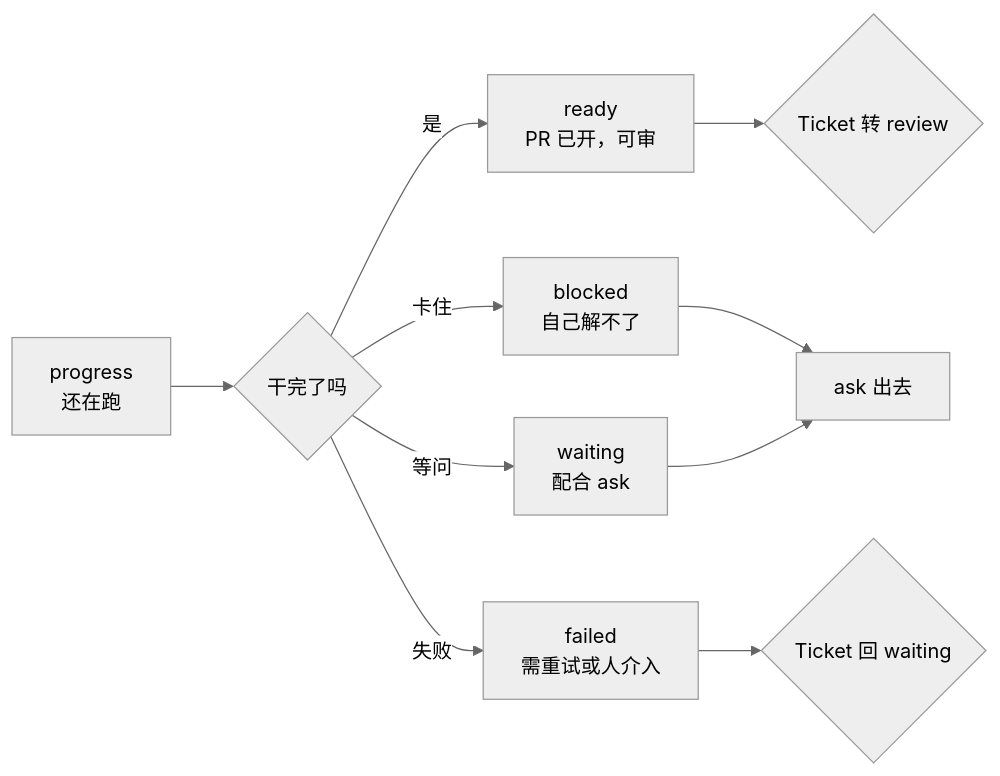
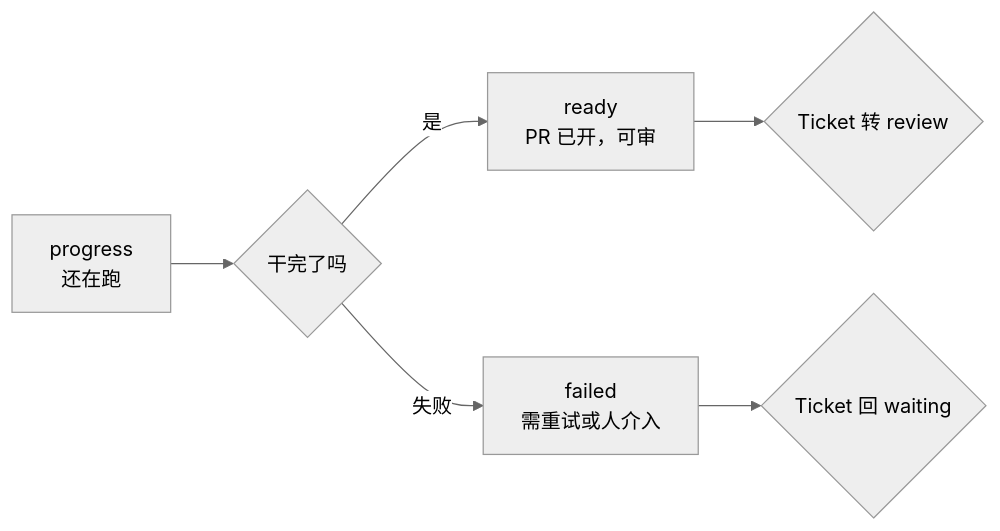
Before and after one commit to hairyf/dsh-nexus: the sixth of 18 diagrams in docs/flow.md, drawn with Mermaid (neutral theme). The commit also changed other lines of this file and 7 other files, not shown here.

````diff
--- a/docs/flow.md
+++ b/docs/flow.md
@@ -201,13 +203,9 @@
 ```mermaid
 flowchart LR
     P["progress<br/>还在跑"] --> R{"干完了吗"}
     R -->|是| READY["ready<br/>PR 已开，可审"]
-    R -->|卡住| B["blocked<br/>自己解不了"]
-    R -->|等问| W["waiting<br/>配合 ask"]
     R -->|失败| F["failed<br/>需重试或人介入"]
 
     READY --> TICK{"Ticket 转 review"}
-    B --> ASK["ask 出去"]
-    W --> ASK
     F --> TICK2{"Ticket 回 waiting"}
 ```
````
